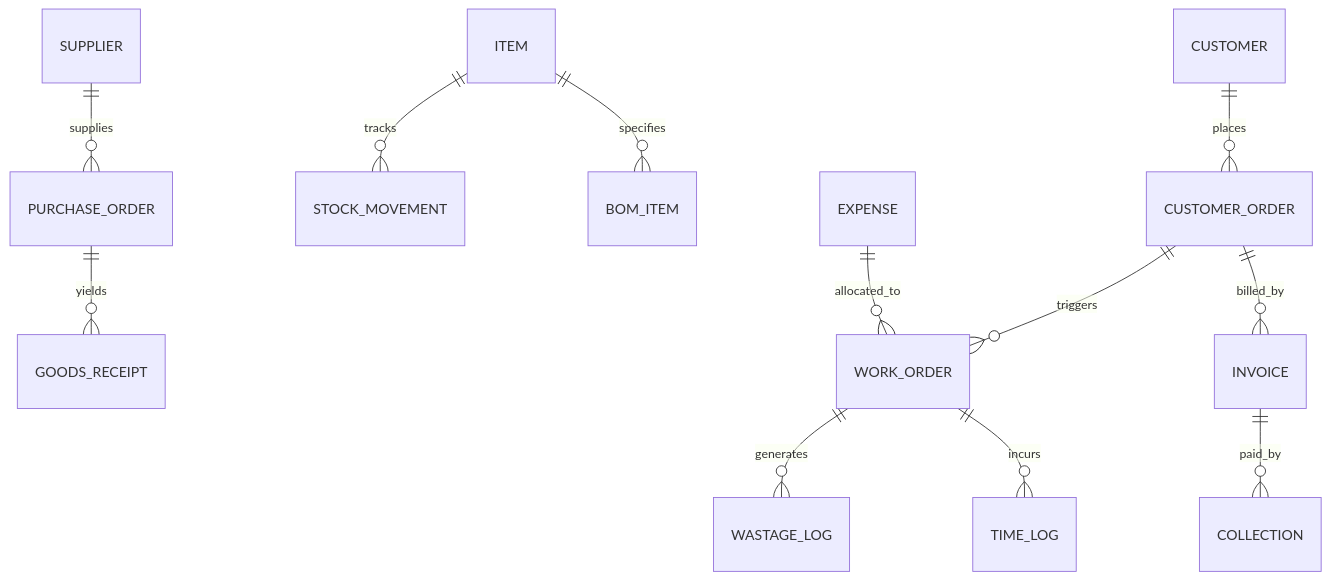
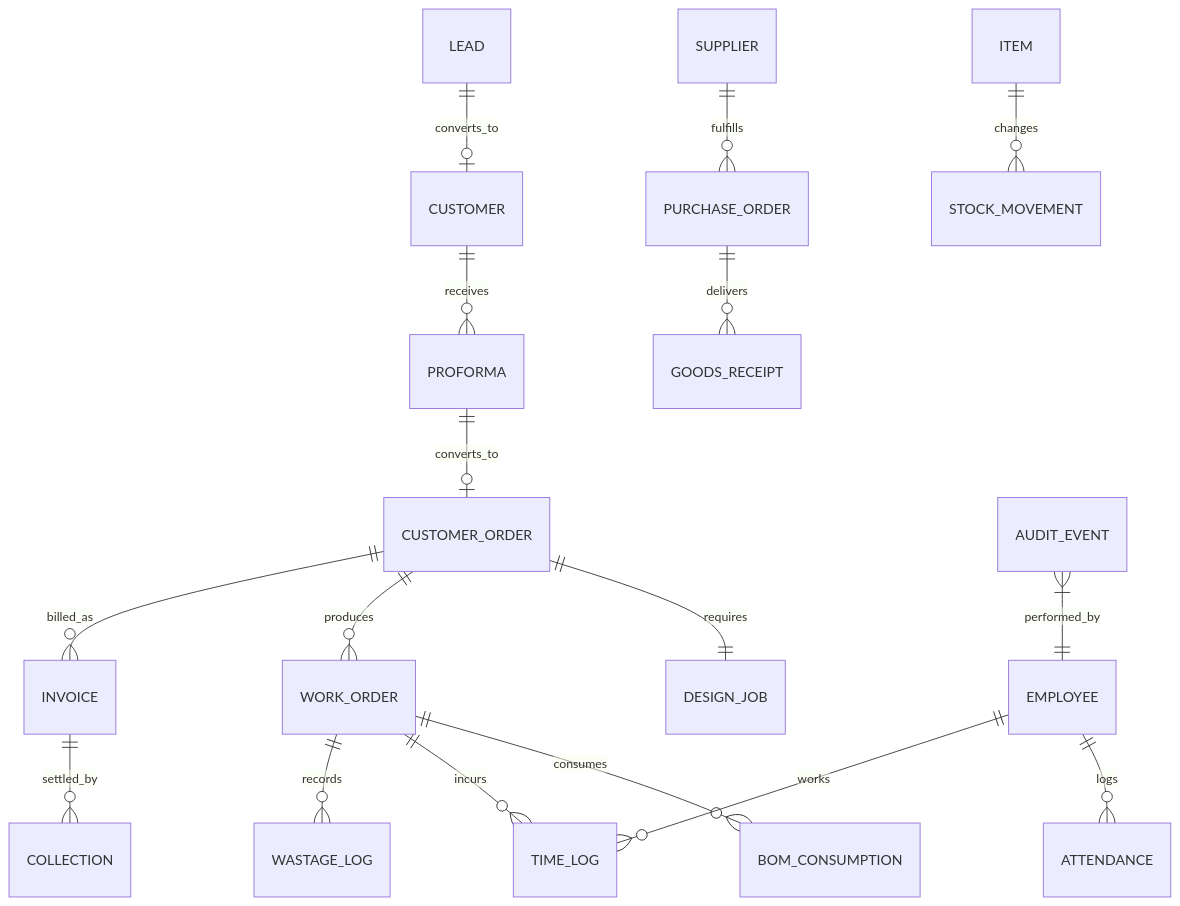
The diagram in IMPLEMENTATION_PLAN.md (yopeman/dot-advert-erp-mockup), drawn with Mermaid before and after one commit. The commit also changed other lines of this file and 4 other files, not shown here.

````diff
--- a/IMPLEMENTATION_PLAN.md
+++ b/IMPLEMENTATION_PLAN.md
@@ -26,14 +198,19 @@
 ```mermaid
 erDiagram
-    SUPPLIER ||--o{ PURCHASE_ORDER : supplies
-    PURCHASE_ORDER ||--o{ GOODS_RECEIPT : yields
-    ITEM ||--o{ STOCK_MOVEMENT : tracks
-    ITEM ||--o{ BOM_ITEM : specifies
-    CUSTOMER ||--o{ CUSTOMER_ORDER : places
-    CUSTOMER_ORDER ||--o{ WORK_ORDER : triggers
-    CUSTOMER_ORDER ||--o{ INVOICE : billed_by
-    INVOICE ||--o{ COLLECTION : paid_by
-    WORK_ORDER ||--o{ WASTAGE_LOG : generates
+    LEAD ||--o| CUSTOMER : converts_to
+    CUSTOMER ||--o{ PROFORMA : receives
+    PROFORMA ||--o| CUSTOMER_ORDER : converts_to
+    CUSTOMER_ORDER ||--|| DESIGN_JOB : requires
+    CUSTOMER_ORDER ||--o{ WORK_ORDER : produces
+    WORK_ORDER ||--o{ BOM_CONSUMPTION : consumes
     WORK_ORDER ||--o{ TIME_LOG : incurs
-    EXPENSE ||--o{ WORK_ORDER : allocated_to
+    WORK_ORDER ||--o{ WASTAGE_LOG : records
+    CUSTOMER_ORDER ||--o{ INVOICE : billed_as
+    INVOICE ||--o{ COLLECTION : settled_by
+    SUPPLIER ||--o{ PURCHASE_ORDER : fulfills
+    PURCHASE_ORDER ||--o{ GOODS_RECEIPT : delivers
+    ITEM ||--o{ STOCK_MOVEMENT : changes
+    EMPLOYEE ||--o{ ATTENDANCE : logs
+    EMPLOYEE ||--o{ TIME_LOG : works
+    AUDIT_EVENT }|--|| EMPLOYEE : performed_by
 ```
````
